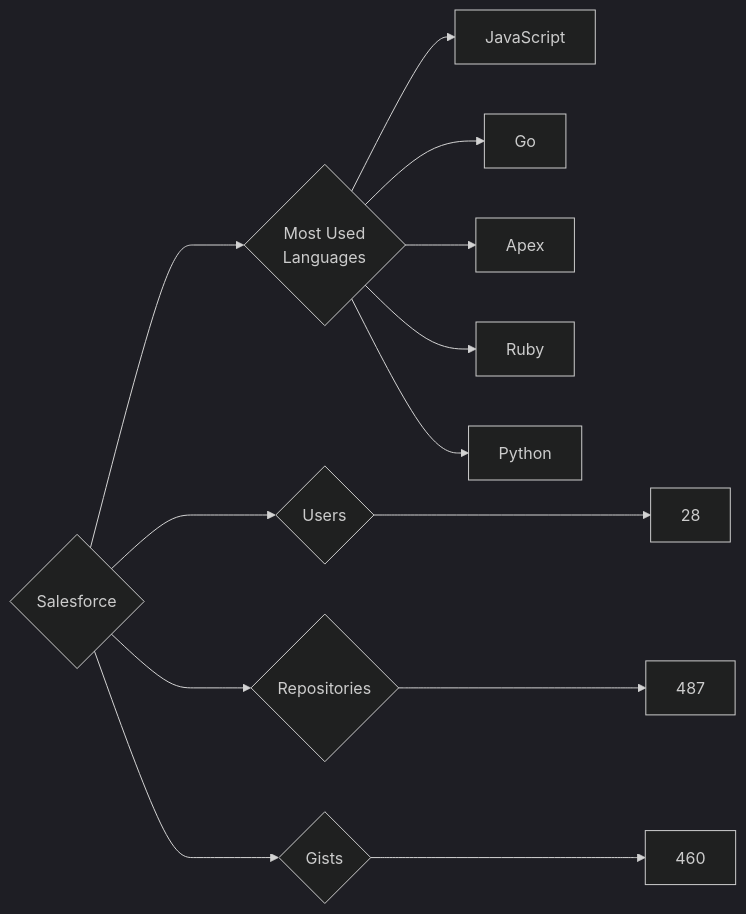
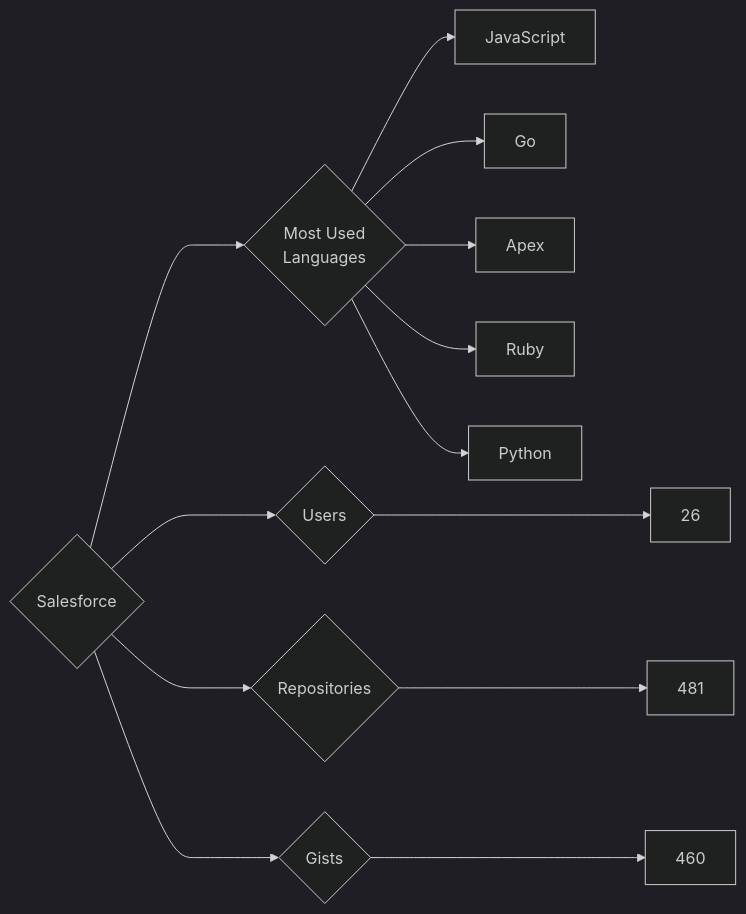
Before and after one commit to trickest/insiders: the diagram in targets/Salesforce/README.md, drawn with Mermaid (dark theme). The commit also changed 725 other files, not shown here.

````diff
--- a/targets/Salesforce/README.md
+++ b/targets/Salesforce/README.md
@@ -3,13 +3,13 @@
 ```mermaid
 graph LR
 COMPANY_NAME{Salesforce}
-COMPANY_NAME ---> U{Users} ---> UN[28]
-COMPANY_NAME ---> R{Repositories} ---> RN[487]
+COMPANY_NAME ---> U{Users} ---> UN[26]
+COMPANY_NAME ---> R{Repositories} ---> RN[481]
 COMPANY_NAME ---> G{Gists} ---> GN[460]
 COMPANY_NAME ---> ML{Most Used<br>Languages}
 ML --> JavaScript[JavaScript]
 ML --> Go[Go]
 ML --> Apex[Apex]
 ML --> Ruby[Ruby]
 ML --> Python[Python]
 ```
````
